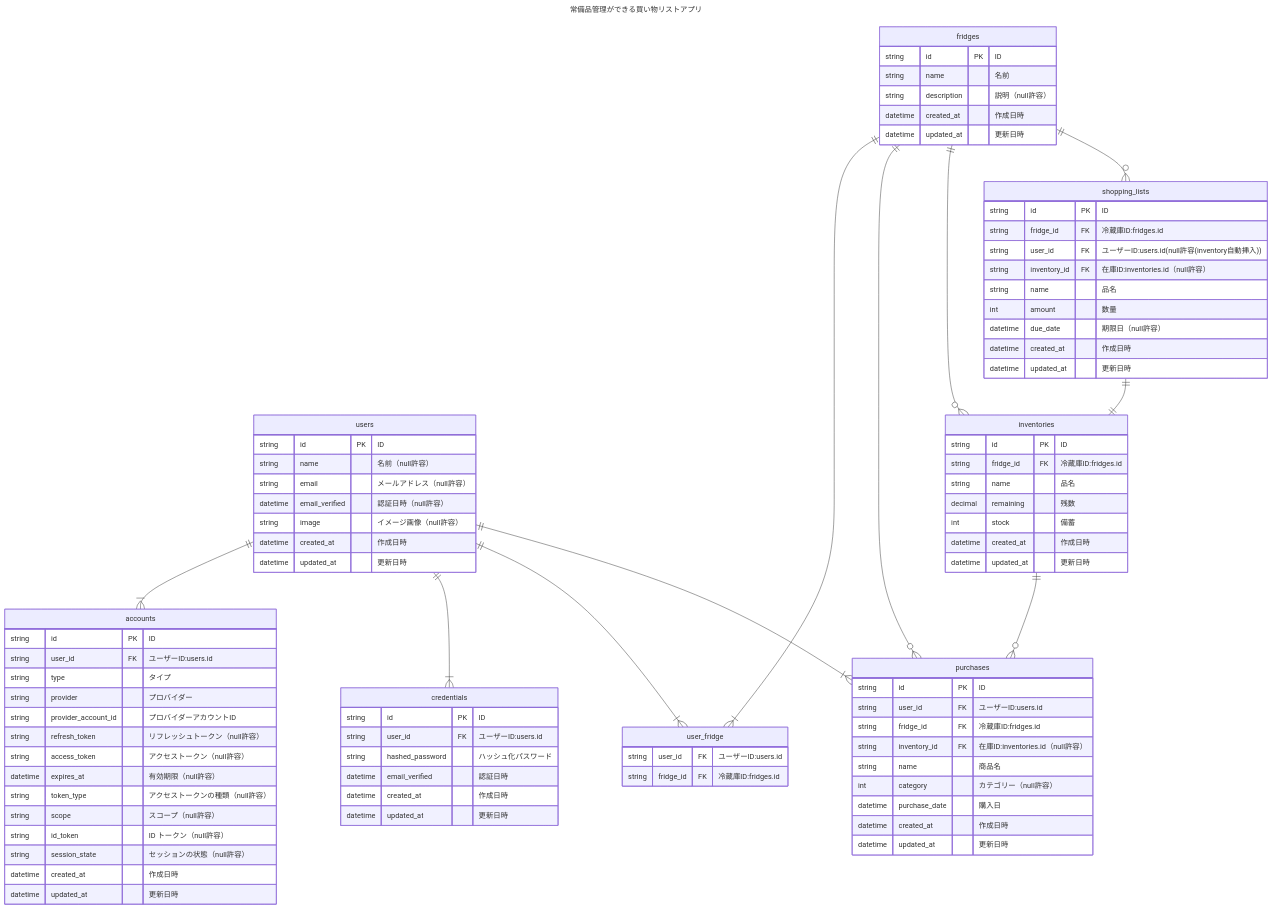
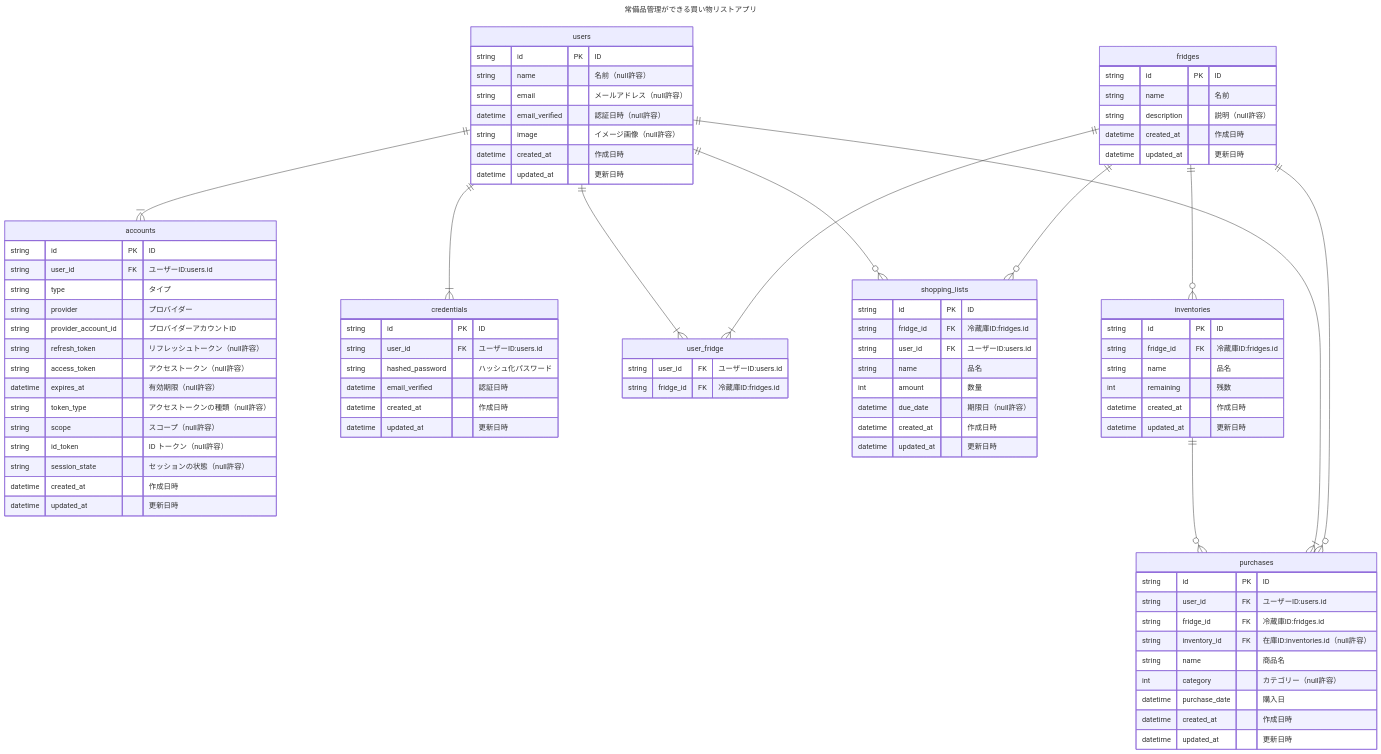
The diagram in doc/fridge-inventory.md (kurutto/fridge-inventory), drawn with Mermaid before and after one commit.

Commit message:
在庫管理からショッピングリストへの自動挿入をなくすためshopping_listsからinventory_idを削除、リレーションも削除 分かりやすくするため在庫管理の「備蓄」を削除して残数のみで数量を表現 不足していたusersとshopping_listsのリレーションを追加

```diff
--- a/doc/fridge-inventory.md
+++ b/doc/fridge-inventory.md
@@ -11,13 +11,13 @@
     users ||--|{ accounts : ""
     users ||--|{ credentials : ""
     users ||--|{ user_fridge : ""
+    users ||--o{ shopping_lists : ""
     fridges ||--|{ user_fridge : ""
     inventories ||--o{ purchases : ""
     users ||--|{ purchases : ""
     fridges ||--o{ purchases : ""
     fridges ||--o{ inventories : ""
     fridges ||--o{ shopping_lists : ""
-    shopping_lists ||--|| inventories : ""
 
     accounts {
         string id PK "ID"
@@ -67,8 +67,7 @@
         string id PK "ID"
         string fridge_id FK "冷蔵庫ID:fridges.id"
         string name "品名"
-        decimal remaining "残数"
-        int stock "備蓄"
+        int remaining "残数"
         datetime created_at "作成日時"
         datetime updated_at "更新日時"
     }
@@ -86,8 +85,7 @@
     shopping_lists {
         string id PK "ID"
         string fridge_id FK "冷蔵庫ID:fridges.id"
-        string user_id FK "ユーザーID:users.id(null許容(inventory自動挿入))"
-        string inventory_id FK "在庫ID:inventories.id（null許容）"
+        string user_id FK "ユーザーID:users.id"
         string name "品名"
         int amount "数量"
         datetime due_date "期限日（null許容）"
```
